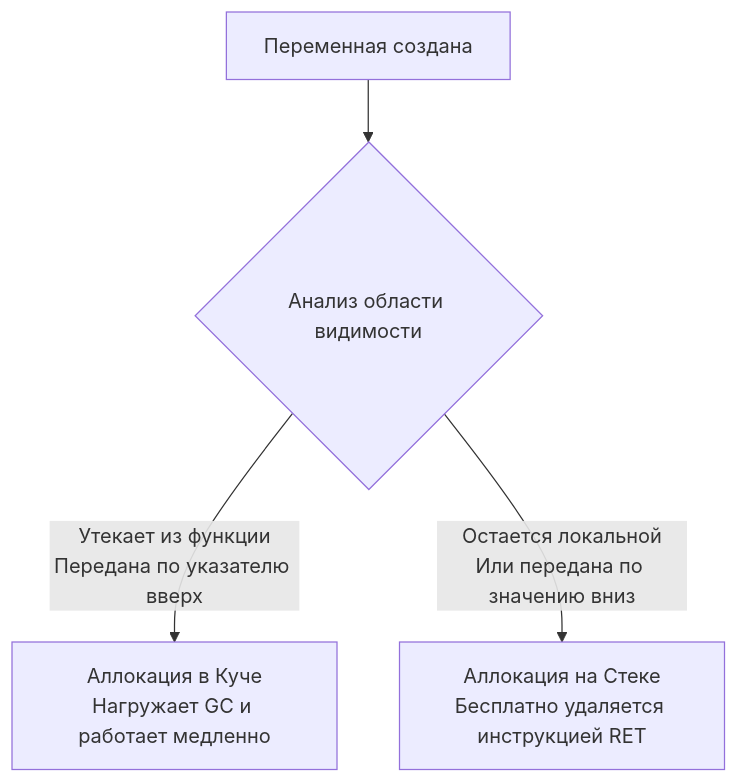
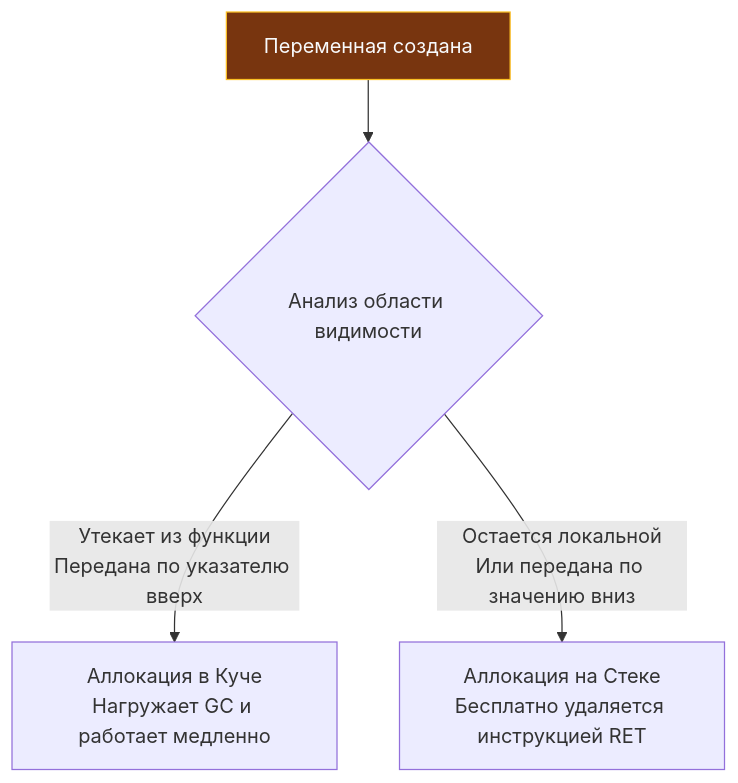
The diagram in sources/5. Учебник по Go (Основы и синтаксис)/14. Указатели в Go.md (UnrealTemplier/go-textbook), drawn with Mermaid before and after one commit. The commit also changed 1666 other files, not shown here.

First line of the commit message:
feat(mermaid): add semantic color classDef to 1369 colorless flowchart/graph diagrams

````diff
--- a/sources/5. Учебник по Go (Основы и синтаксис)/14. Указатели в Go.md
+++ b/sources/5. Учебник по Go (Основы и синтаксис)/14. Указатели в Go.md
@@ -65,6 +65,16 @@
 ```mermaid
 flowchart TD
-    Var["Переменная создана"] --> Check{"Анализ области видимости"}
+    classDef process  fill:#1e293b,stroke:#38bdf8,stroke-width:1px,color:#f8fafc
+    classDef success  fill:#064e3b,stroke:#34d399,stroke-width:1px,color:#f8fafc
+    classDef error    fill:#7f1d1d,stroke:#f87171,stroke-width:1px,color:#f8fafc
+    classDef warning  fill:#78350f,stroke:#fbbf24,stroke-width:1px,color:#f8fafc
+    classDef entry    fill:#1e3a5f,stroke:#38bdf8,stroke-width:2px,color:#f8fafc
+    classDef aux      fill:#334155,stroke:#64748b,stroke-width:1px,color:#f8fafc
+    classDef system   fill:#312e81,stroke:#a78bfa,stroke-width:1px,color:#f8fafc
+    classDef data     fill:#132d29,stroke:#2dd4bf,stroke-width:1px,color:#f8fafc
+    classDef network  fill:#881337,stroke:#fb7185,stroke-width:1px,color:#f8fafc
+    classDef accent   fill:#1e1b4b,stroke:#818cf8,stroke-width:1px,color:#f8fafc
+    Var["Переменная создана"]:::warning --> Check{"Анализ области видимости"}
     Check -->|"Утекает из функции<br>Передана по указателю вверх"| Heap["Аллокация в Куче<br>Нагружает GC и работает медленно"]
     Check -->|"Остается локальной<br>Или передана по значению вниз"| Stack["Аллокация на Стеке<br>Бесплатно удаляется инструкцией RET"]
 ```
````
